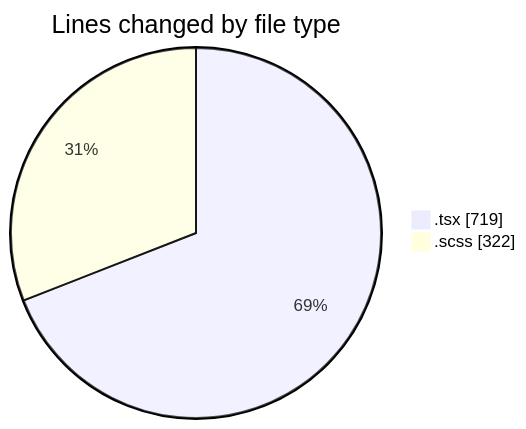
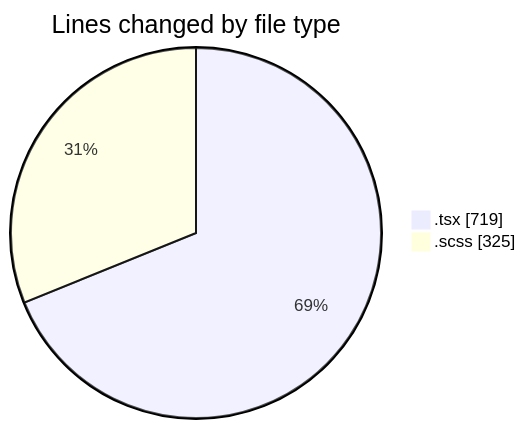
The first of 2 diagrams in 2025-10-06/cda/README.md (momahboobian/code-tracking), drawn with Mermaid before and after one commit. The commit also changed other lines of this file and 1 other file, not shown here.

````diff
--- a/2025-10-06/cda/README.md
+++ b/2025-10-06/cda/README.md
@@ -23,6 +23,6 @@
 ```mermaid
 pie showData
 title Lines changed by file type
 ".tsx" : 719
-".scss" : 322
+".scss" : 325
 ```
````
